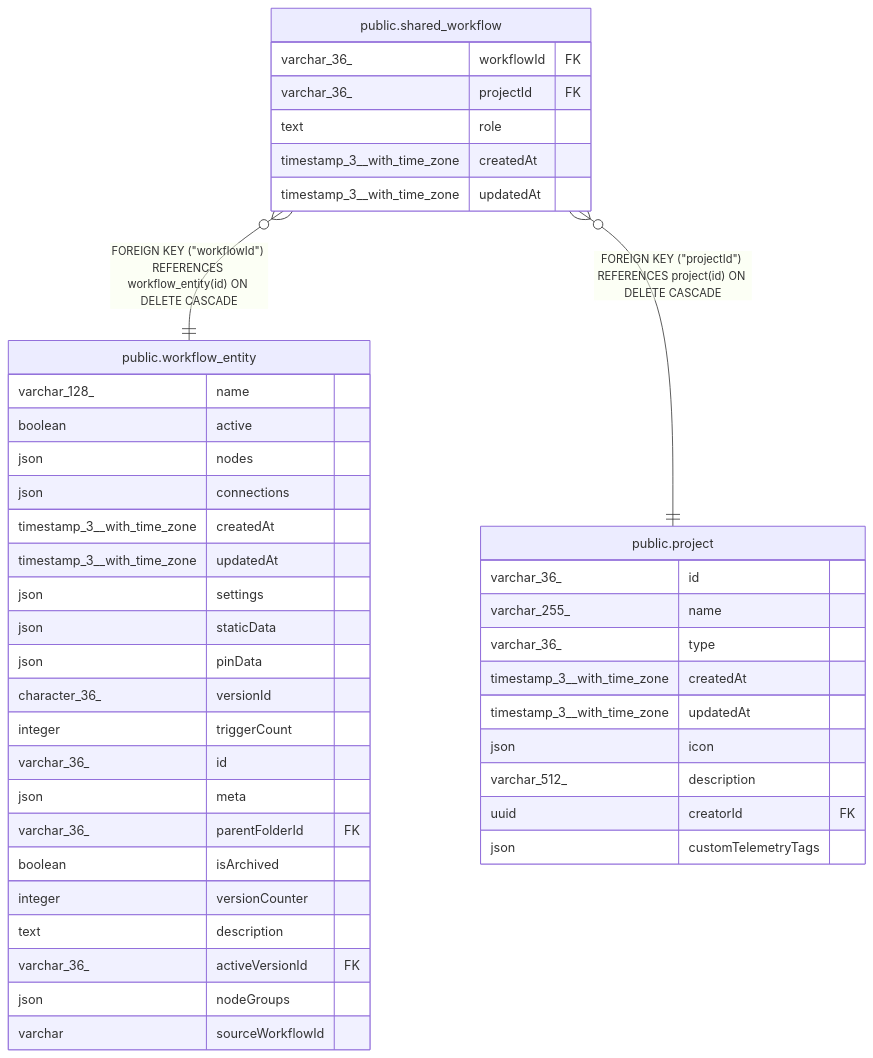
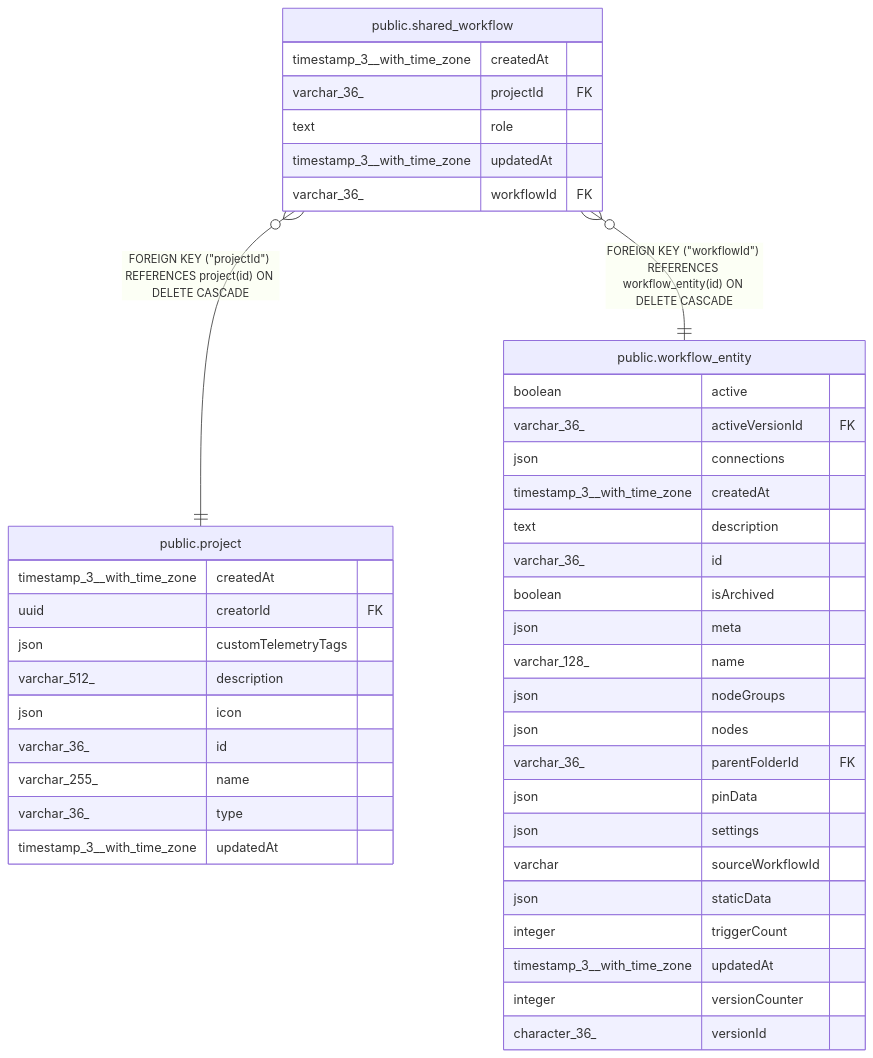
One commit to mayankjain1815-commits/n8n changed the diagram in docs/generated/postgres-schema/public.shared_workflow.md. Above: the diagram before and after it, drawn with Mermaid. The commit also changed other lines of this file and 221 other files, not shown here.

Commit message:
chore(core): Make DB schema docs generation deterministic (#32373)

````diff
--- a/docs/generated/postgres-schema/public.shared_workflow.md
+++ b/docs/generated/postgres-schema/public.shared_workflow.md
@@ -35,47 +35,47 @@
 ```mermaid
 erDiagram
 
+"public.shared_workflow" }o--|| "public.project" : "FOREIGN KEY (#quot;projectId#quot;) REFERENCES project(id) ON DELETE CASCADE"
 "public.shared_workflow" }o--|| "public.workflow_entity" : "FOREIGN KEY (#quot;workflowId#quot;) REFERENCES workflow_entity(id) ON DELETE CASCADE"
-"public.shared_workflow" }o--|| "public.project" : "FOREIGN KEY (#quot;projectId#quot;) REFERENCES project(id) ON DELETE CASCADE"
 
 "public.shared_workflow" {
-  varchar_36_ workflowId FK
+  timestamp_3__with_time_zone createdAt
   varchar_36_ projectId FK
   text role
+  timestamp_3__with_time_zone updatedAt
+  varchar_36_ workflowId FK
+}
+"public.project" {
   timestamp_3__with_time_zone createdAt
+  uuid creatorId FK
+  json customTelemetryTags
+  varchar_512_ description
+  json icon
+  varchar_36_ id
+  varchar_255_ name
+  varchar_36_ type
   timestamp_3__with_time_zone updatedAt
 }
 "public.workflow_entity" {
-  varchar_128_ name
   boolean active
-  json nodes
+  varchar_36_ activeVersionId FK
   json connections
   timestamp_3__with_time_zone createdAt
+  text description
+  varchar_36_ id
+  boolean isArchived
+  json meta
+  varchar_128_ name
+  json nodeGroups
+  json nodes
+  varchar_36_ parentFolderId FK
+  json pinData
+  json settings
+  varchar sourceWorkflowId
+  json staticData
+  integer triggerCount
   timestamp_3__with_time_zone updatedAt
-  json settings
-  json staticData
-  json pinData
+  integer versionCounter
   character_36_ versionId
-  integer triggerCount
-  varchar_36_ id
-  json meta
-  varchar_36_ parentFolderId FK
-  boolean isArchived
-  integer versionCounter
-  text description
-  varchar_36_ activeVersionId FK
-  json nodeGroups
-  varchar sourceWorkflowId
-}
-"public.project" {
-  varchar_36_ id
-  varchar_255_ name
-  varchar_36_ type
-  timestamp_3__with_time_zone createdAt
-  timestamp_3__with_time_zone updatedAt
-  json icon
-  varchar_512_ description
-  uuid creatorId FK
-  json customTelemetryTags
 }
 ```
````
